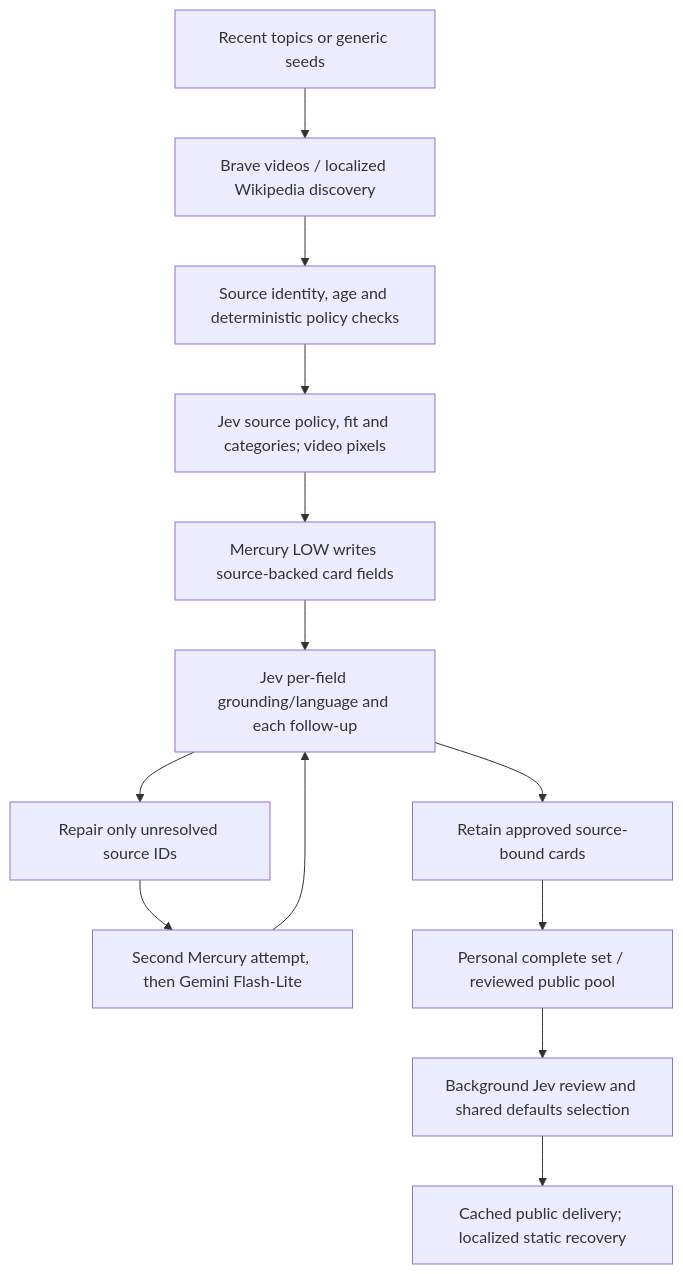
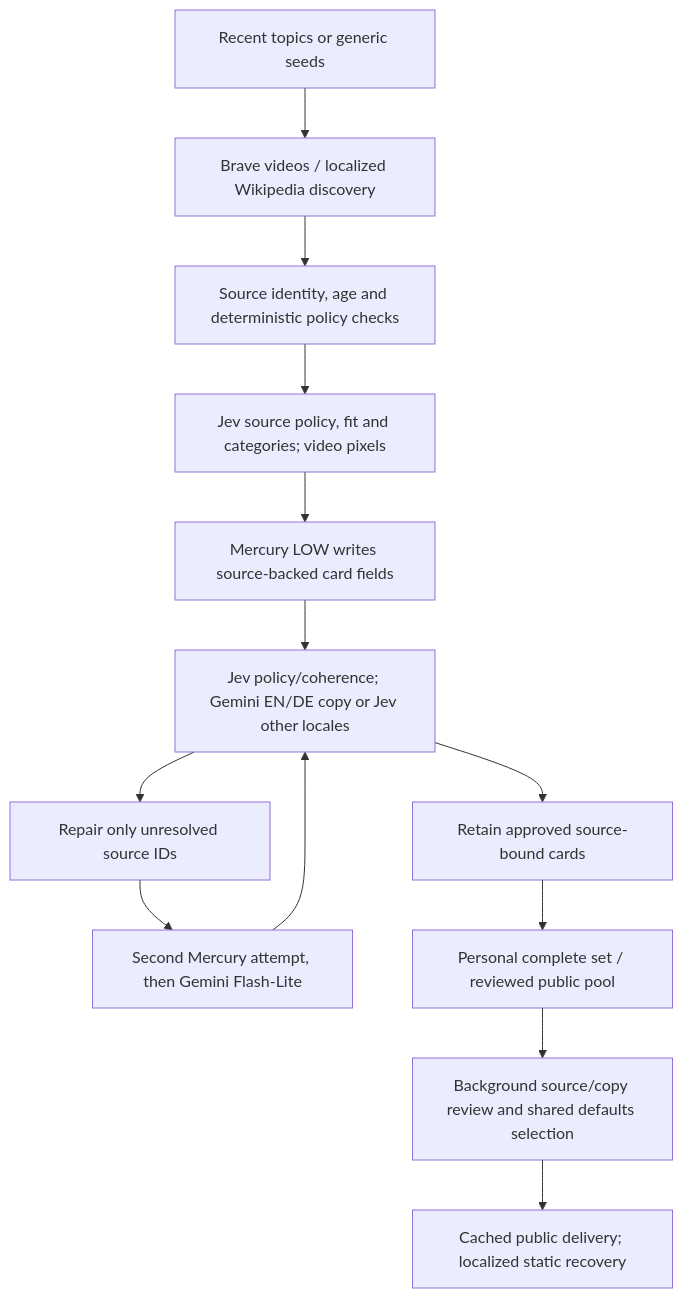
The diagram in docs/architecture/frontend/daily-inspiration.md (glowingkitty/OpenMates), drawn with Mermaid before and after one commit. The commit also changed other lines of this file and 4 other files, not shown here.

````diff
--- a/docs/architecture/frontend/daily-inspiration.md
+++ b/docs/architecture/frontend/daily-inspiration.md
@@ -183,15 +189,15 @@
 ```mermaid
 flowchart TD
     A[Recent topics or generic seeds] --> B[Brave videos / localized Wikipedia discovery]
     B --> C[Source identity, age and deterministic policy checks]
     C --> D[Jev source policy, fit and categories; video pixels]
     D --> E[Mercury LOW writes source-backed card fields]
-    E --> F[Jev per-field grounding/language and each follow-up]
+    E --> F[Jev policy/coherence; Gemini EN/DE copy or Jev other locales]
     F --> G[Retain approved source-bound cards]
     F --> H[Repair only unresolved source IDs]
     H --> I[Second Mercury attempt, then Gemini Flash-Lite]
     I --> F
     G --> J[Personal complete set / reviewed public pool]
-    J --> K[Background Jev review and shared defaults selection]
+    J --> K[Background source/copy review and shared defaults selection]
     K --> L[Cached public delivery; localized static recovery]
 ```
````
